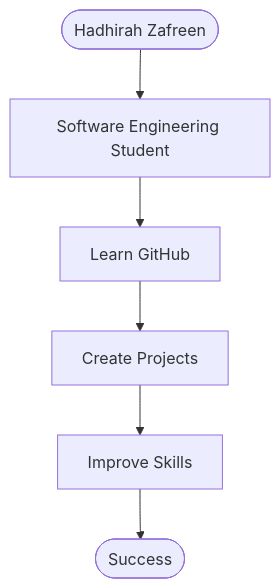
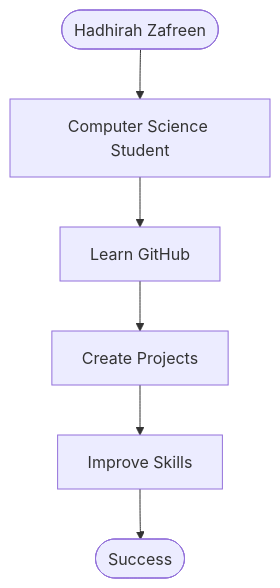
The second of 2 diagrams in latihan/id/dhirah23/exer1.md (drshahizan/learn-github), drawn with Mermaid before and after one commit.

````diff
--- a/latihan/id/dhirah23/exer1.md
+++ b/latihan/id/dhirah23/exer1.md
@@ -19,8 +19,8 @@
 ```mermaid
 flowchart TD
-    A([Hadhirah Zafreen]) --> B[Software Engineering Student]
+    A([Hadhirah Zafreen]) --> B[Computer Science Student]
     B --> C[Learn GitHub]
     C --> D[Create Projects]
     D --> E[Improve Skills]
     E --> F([Success])
 ```
````
